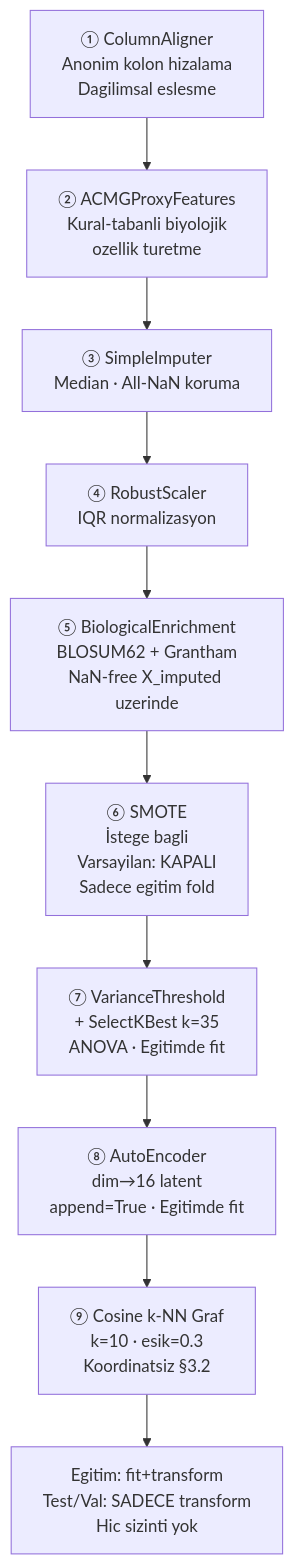
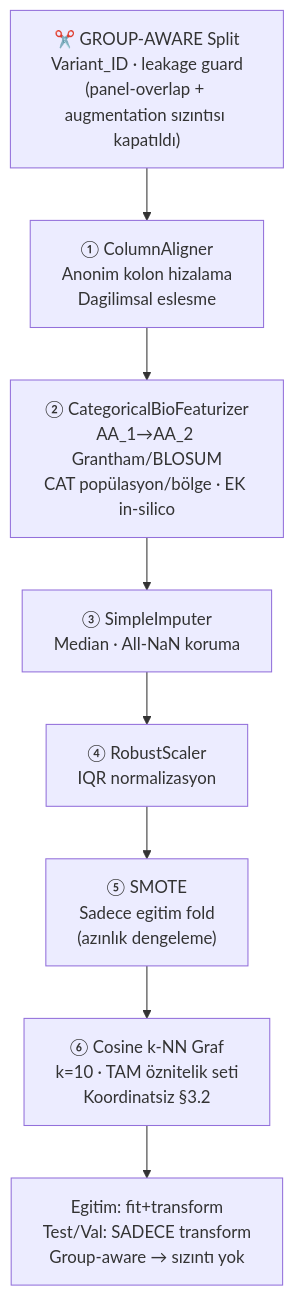
One commit to msgxr/VARIANT-GNN changed the tenth of 16 diagrams in README.md. Above: the diagram before and after it, drawn with Mermaid. The commit also changed other lines of this file and 2 other files, not shown here.

````diff
--- a/README.md
+++ b/README.md
@@ -456,18 +454,16 @@
 ```mermaid
 flowchart TD
+    S0["✂️ GROUP-AWARE Split\nVariant_ID · leakage guard\n(panel-overlap + augmentation sızıntısı kapatıldı)"]
     S1["① ColumnAligner\nAnonim kolon hizalama\nDagilimsal eslesme"]
-    S2["② ACMGProxyFeatures\nKural-tabanli biyolojik\nozellik turetme"]
+    S2["② CategoricalBioFeaturizer\nAA_1→AA_2 Grantham/BLOSUM\nCAT popülasyon/bölge · EK in-silico"]
     S3["③ SimpleImputer\nMedian · All-NaN koruma"]
     S4["④ RobustScaler\nIQR normalizasyon"]
-    S5["⑤ BiologicalEnrichment\nBLOSUM62 + Grantham\nNaN-free X_imputed uzerinde"]
-    S6["⑥ SMOTE\nİstege bagli\nVarsayilan: KAPALI\nSadece egitim fold"]
-    S7["⑦ VarianceThreshold\n+ SelectKBest k=35\nANOVA · Egitimde fit"]
-    S8["⑧ AutoEncoder\ndim→16 latent\nappend=True · Egitimde fit"]
-    S9["⑨ Cosine k-NN Graf\nk=10 · esik=0.3\nKoordinatsiz §3.2"]
+    S6["⑤ SMOTE\nSadece egitim fold\n(azınlık dengeleme)"]
+    S9["⑥ Cosine k-NN Graf\nk=10 · TAM öznitelik seti\nKoordinatsiz §3.2"]
 
-    S1 --> S2 --> S3 --> S4 --> S5 --> S6 --> S7 --> S8 --> S9
+    S0 --> S1 --> S2 --> S3 --> S4 --> S6 --> S9
 
-    TR["Egitim: fit+transform\nTest/Val: SADECE transform\nHic sizinti yok"]
+    TR["Egitim: fit+transform\nTest/Val: SADECE transform\nGroup-aware → sızıntı yok"]
 
     S9 --> TR
 ```
````
